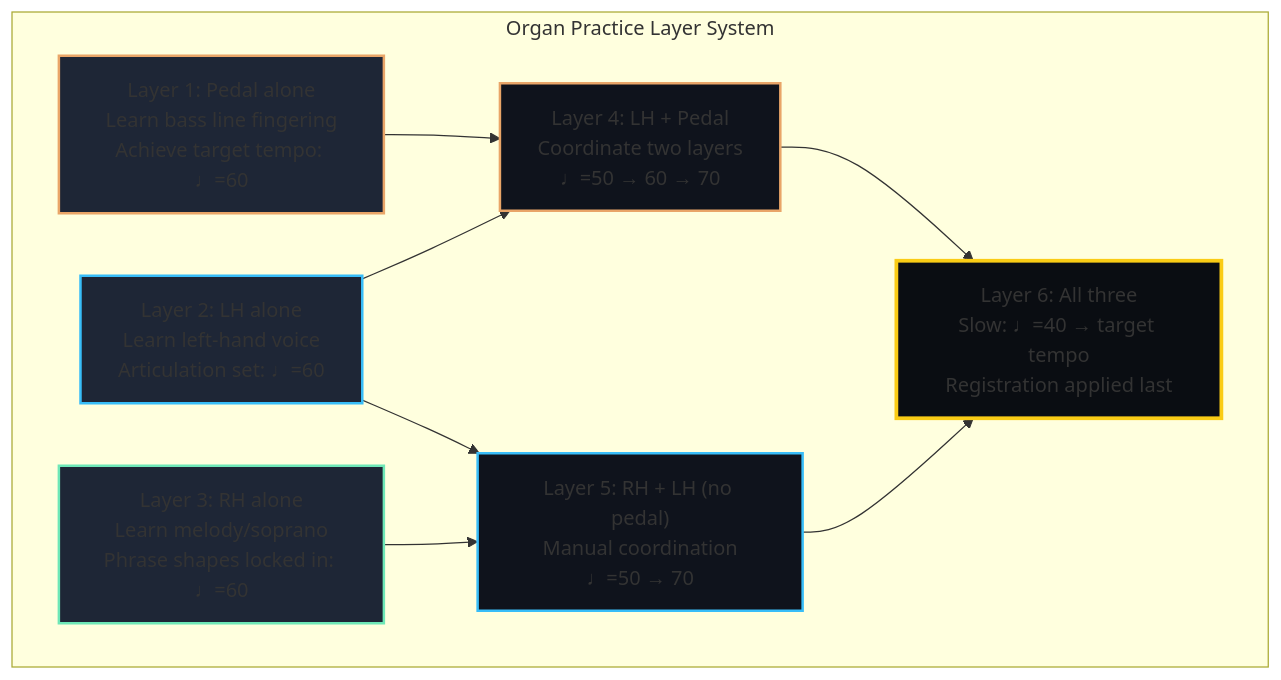
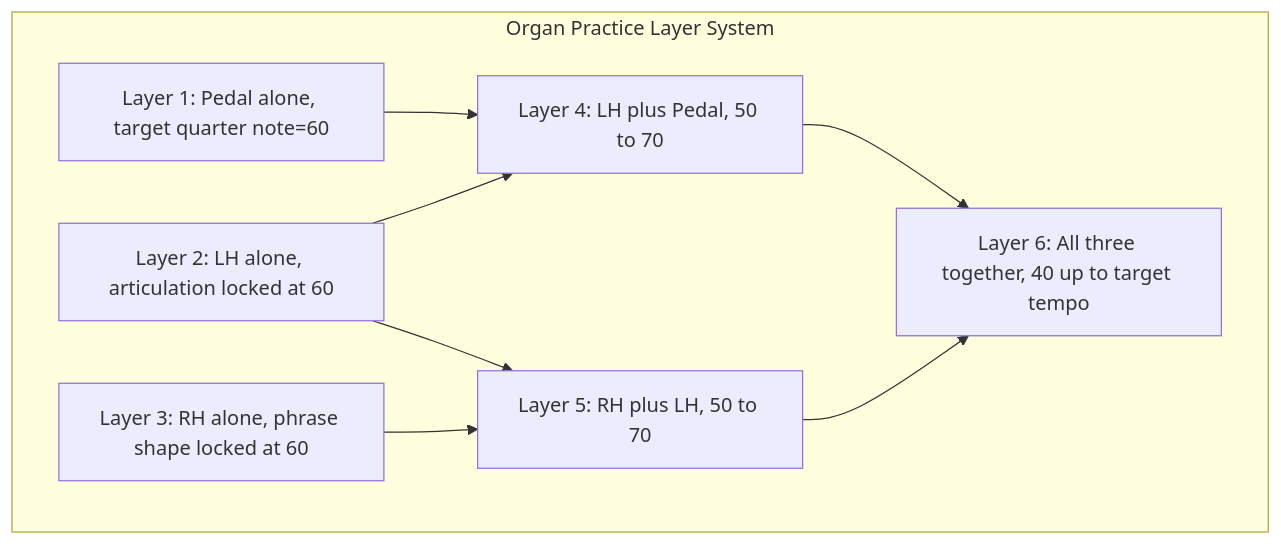
Before and after one commit to blebleblee/synapse: the eighth of 8 diagrams in topics/arts/music_performance/organ/lesson_01_organ_anatomy.md, drawn with Mermaid. The commit also changed other lines of this file and 4 other files, not shown here.

````diff
--- a/topics/arts/music_performance/organ/lesson_01_organ_anatomy.md
+++ b/topics/arts/music_performance/organ/lesson_01_organ_anatomy.md
@@ -629,25 +522,17 @@
 ```mermaid
 graph TD
     subgraph sub_practice_layers ["Organ Practice Layer System"]
-        L1["Layer 1: Pedal alone\nLearn bass line fingering\nAchieve target tempo: ♩=60"]
-        L2["Layer 2: LH alone\nLearn left-hand voice\nArticulation set: ♩=60"]
-        L3["Layer 3: RH alone\nLearn melody/soprano\nPhrase shapes locked in: ♩=60"]
-        L4["Layer 4: LH + Pedal\nCoordinate two layers\n♩=50 → 60 → 70"]
-        L5["Layer 5: RH + LH (no pedal)\nManual coordination\n♩=50 → 70"]
-        L6["Layer 6: All three\nSlow: ♩=40 → target tempo\nRegistration applied last"]
-
+        L1["Layer 1: Pedal alone, target quarter note=60"]
+        L2["Layer 2: LH alone, articulation locked at 60"]
+        L3["Layer 3: RH alone, phrase shape locked at 60"]
+        L4["Layer 4: LH plus Pedal, 50 to 70"]
+        L5["Layer 5: RH plus LH, 50 to 70"]
+        L6["Layer 6: All three together, 40 up to target tempo"]
         L1 --> L4
         L2 --> L4
         L2 --> L5
         L3 --> L5
         L4 --> L6
         L5 --> L6
     end
-
-    style L1 fill:#1E2636,stroke:#E9A568,stroke-width:2px
-    style L2 fill:#1E2636,stroke:#38BDF8,stroke-width:2px
-    style L3 fill:#1E2636,stroke:#6EE7B7,stroke-width:2px
-    style L4 fill:#0F131C,stroke:#E9A568,stroke-width:2px
-    style L5 fill:#0F131C,stroke:#38BDF8,stroke-width:2px
-    style L6 fill:#0A0D12,stroke:#FACC15,stroke-width:3px
 ```
````
